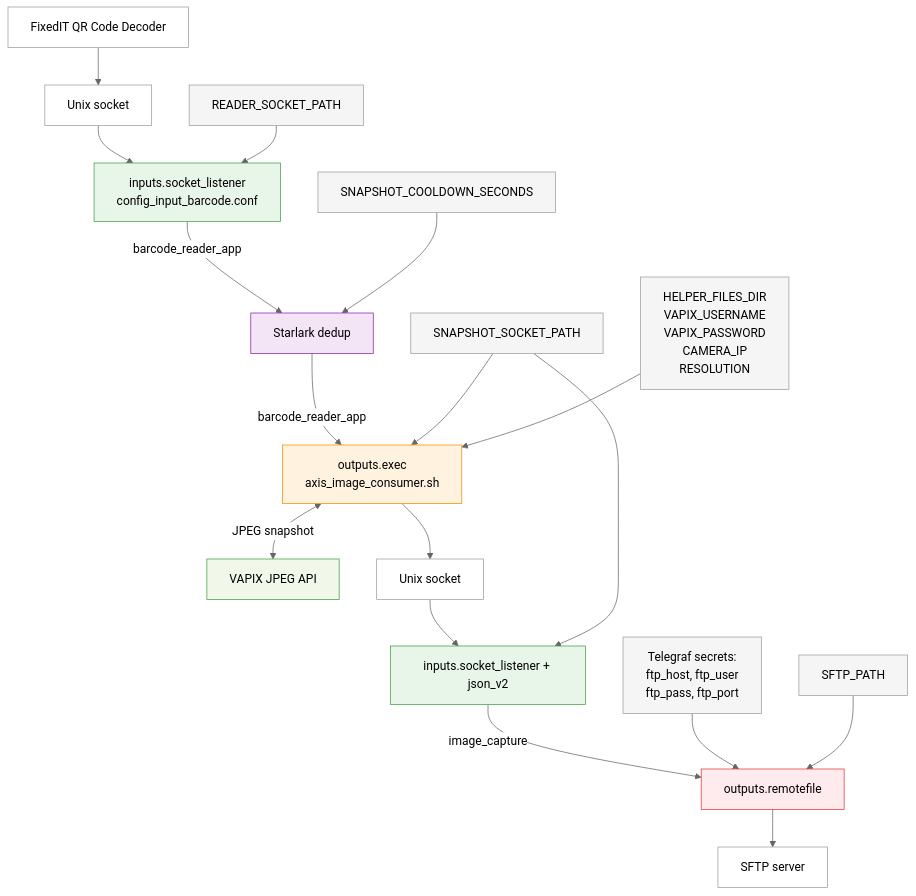
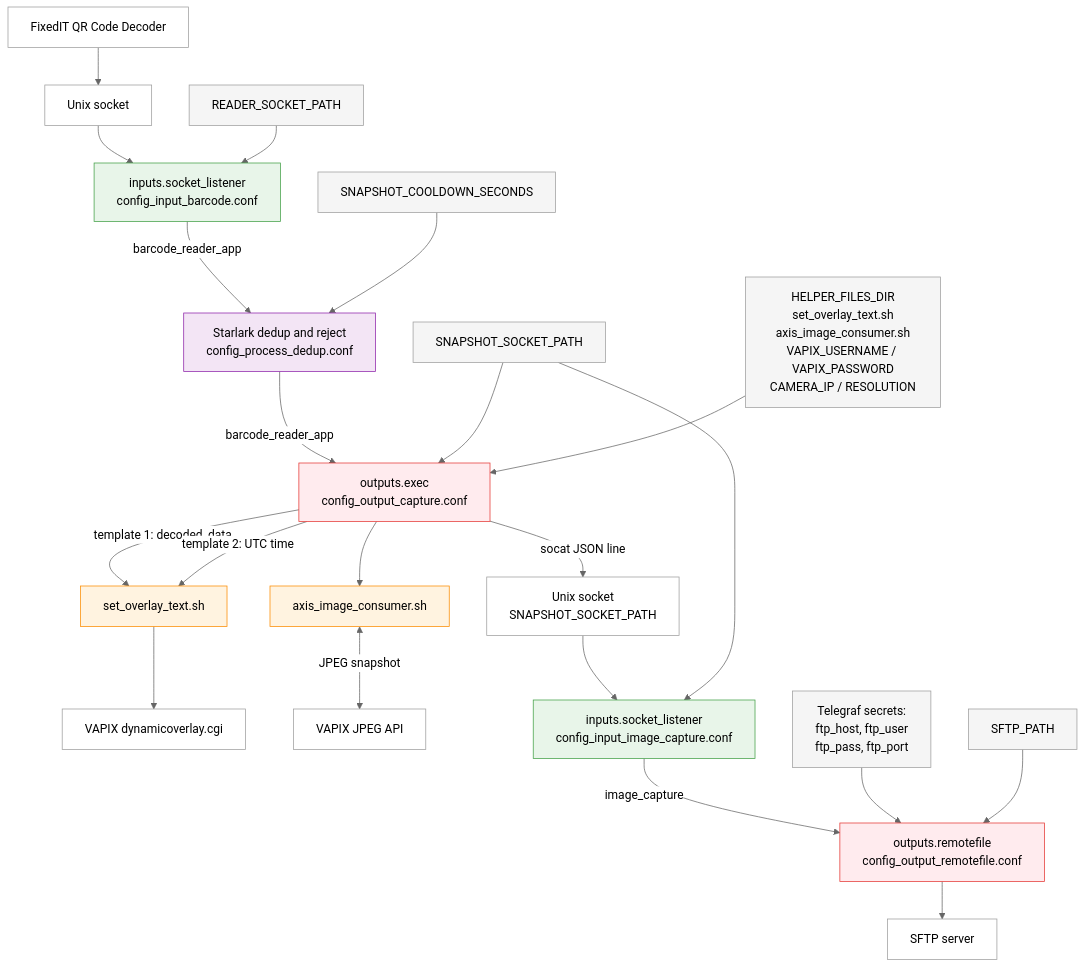
Before and after one commit to fixedit-ai/fixedit-data-agent-examples: the diagram in project-sftp-upload-of-qr-codes/README.md, drawn with Mermaid (neutral theme). The commit also changed other lines of this file, not shown here.

Commit message:
Update diagram

````diff
--- a/project-sftp-upload-of-qr-codes/README.md
+++ b/project-sftp-upload-of-qr-codes/README.md
@@ -9,44 +9,54 @@
 ```mermaid
 flowchart TD
     QR["FixedIT QR Code Decoder"] --> SOCK["Unix socket"]
     SOCK --> IN["inputs.socket_listener<br/>config_input_barcode.conf"]
-    IN -->|barcode_reader_app| STAR["Starlark dedup"]
-    STAR -->|barcode_reader_app| EXEC["outputs.exec<br/>axis_image_consumer.sh"]
-    EXEC <-->|JPEG snapshot| VAPIX["VAPIX JPEG API"]
-    EXEC --> SNAP_SOCK["Unix socket"]
-    SNAP_SOCK --> IN2["inputs.socket_listener + json_v2"]
-    IN2 -->|image_capture| RF["outputs.remotefile"]
+    IN -->|barcode_reader_app| STAR["Starlark dedup and reject<br/>config_process_dedup.conf"]
+    STAR -->|barcode_reader_app| CAP["outputs.exec<br/>config_output_capture.conf"]
+
+    CAP -->|template 1: decoded_data| OVERLAY["set_overlay_text.sh"]
+    CAP -->|template 2: UTC time| OVERLAY
+    OVERLAY --> VAPIX_OVL["VAPIX dynamicoverlay.cgi"]
+
+    CAP --> IMG["axis_image_consumer.sh"]
+    IMG <-->|JPEG snapshot| VAPIX_JPG["VAPIX JPEG API"]
+
+    CAP -->|socat JSON line| SNAP_SOCK["Unix socket<br/>SNAPSHOT_SOCKET_PATH"]
+    SNAP_SOCK --> IN2["inputs.socket_listener<br/>config_input_image_capture.conf"]
+    IN2 -->|image_capture| RF["outputs.remotefile<br/>config_output_remotefile.conf"]
     RF --> SFTP["SFTP server"]
 
     XSocket["READER_SOCKET_PATH"]
     XSnapSock["SNAPSHOT_SOCKET_PATH"]
     XCooldown["SNAPSHOT_COOLDOWN_SECONDS"]
-    XScripts["HELPER_FILES_DIR<br/>VAPIX_USERNAME<br/>VAPIX_PASSWORD<br/>CAMERA_IP<br/>RESOLUTION"]
+    XScripts["HELPER_FILES_DIR<br/>set_overlay_text.sh<br/>axis_image_consumer.sh<br/>VAPIX_USERNAME / VAPIX_PASSWORD<br/>CAMERA_IP / RESOLUTION"]
     XSftpSecrets["Telegraf secrets:<br/>ftp_host, ftp_user<br/>ftp_pass, ftp_port"]
     XSftpPath["SFTP_PATH"]
 
     XSocket --> IN
+    XSnapSock --> CAP
     XSnapSock --> IN2
-    XSnapSock --> EXEC
     XCooldown --> STAR
-    XScripts --> EXEC
+    XScripts --> CAP
     XSftpSecrets --> RF
     XSftpPath --> RF
 
     style QR fill:#ffffff,stroke:#9e9e9e
     style SOCK fill:#ffffff,stroke:#9e9e9e
     style IN fill:#e8f5e9,stroke:#43a047
     style STAR fill:#f3e5f5,stroke:#8e24aa
-    style EXEC fill:#fff3e0,stroke:#fb8c00
-    style VAPIX fill:#f1f8e9,stroke:#43a047
+    style CAP fill:#ffebee,stroke:#e53935
+    style OVERLAY fill:#fff3e0,stroke:#fb8c00
+    style IMG fill:#fff3e0,stroke:#fb8c00
+    style VAPIX_OVL fill:#ffffff,stroke:#9e9e9e
+    style VAPIX_JPG fill:#ffffff,stroke:#9e9e9e
     style SNAP_SOCK fill:#ffffff,stroke:#9e9e9e
     style IN2 fill:#e8f5e9,stroke:#43a047
     style RF fill:#ffebee,stroke:#e53935
     style SFTP fill:#ffffff,stroke:#9e9e9e
     style XSocket fill:#f5f5f5,stroke:#9e9e9e
     style XSnapSock fill:#f5f5f5,stroke:#9e9e9e
     style XCooldown fill:#f5f5f5,stroke:#9e9e9e
     style XScripts fill:#f5f5f5,stroke:#9e9e9e
     style XSftpSecrets fill:#f5f5f5,stroke:#9e9e9e
     style XSftpPath fill:#f5f5f5,stroke:#9e9e9e
 ```
````
